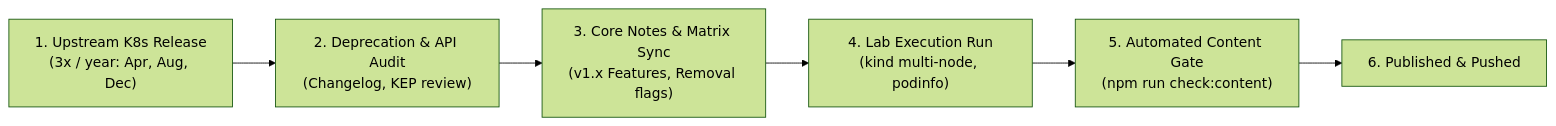
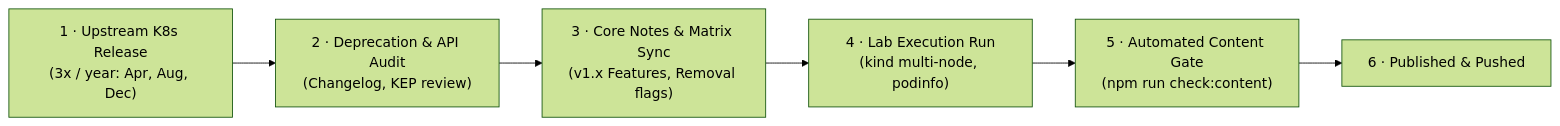
The diagram in content/Kubernetes/MAINTENANCE.md (darshan-raul/cloudnative-wiki), drawn with Mermaid (forest theme) before and after one commit. The commit also changed other lines of this file and 94 other files, not shown here.

````diff
--- a/content/Kubernetes/MAINTENANCE.md
+++ b/content/Kubernetes/MAINTENANCE.md
@@ -14,8 +14,8 @@
 ```mermaid
 flowchart LR
-    Release["1. Upstream K8s Release\n(3x / year: Apr, Aug, Dec)"] --> Deprecations["2. Deprecation & API Audit\n(Changelog, KEP review)"]
-    Deprecations --> NotesUpdate["3. Core Notes & Matrix Sync\n(v1.x Features, Removal flags)"]
-    NotesUpdate --> LabVerify["4. Lab Execution Run\n(kind multi-node, podinfo)"]
-    LabVerify --> CIGate["5. Automated Content Gate\n(npm run check:content)"]
-    CIGate --> Published["6. Published & Pushed"]
+    Release["1 · Upstream K8s Release\n(3x / year: Apr, Aug, Dec)"] --> Deprecations["2 · Deprecation & API Audit\n(Changelog, KEP review)"]
+    Deprecations --> NotesUpdate["3 · Core Notes & Matrix Sync\n(v1.x Features, Removal flags)"]
+    NotesUpdate --> LabVerify["4 · Lab Execution Run\n(kind multi-node, podinfo)"]
+    LabVerify --> CIGate["5 · Automated Content Gate\n(npm run check:content)"]
+    CIGate --> Published["6 · Published & Pushed"]
 ```
````
